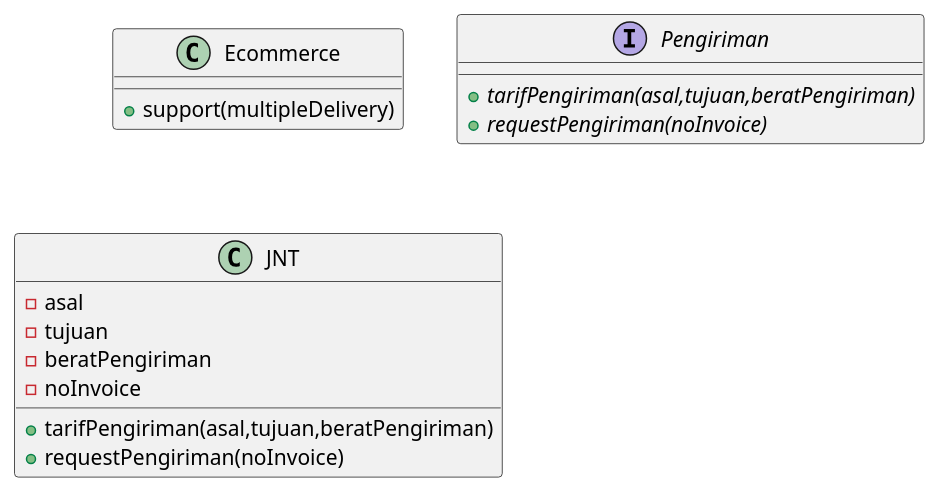
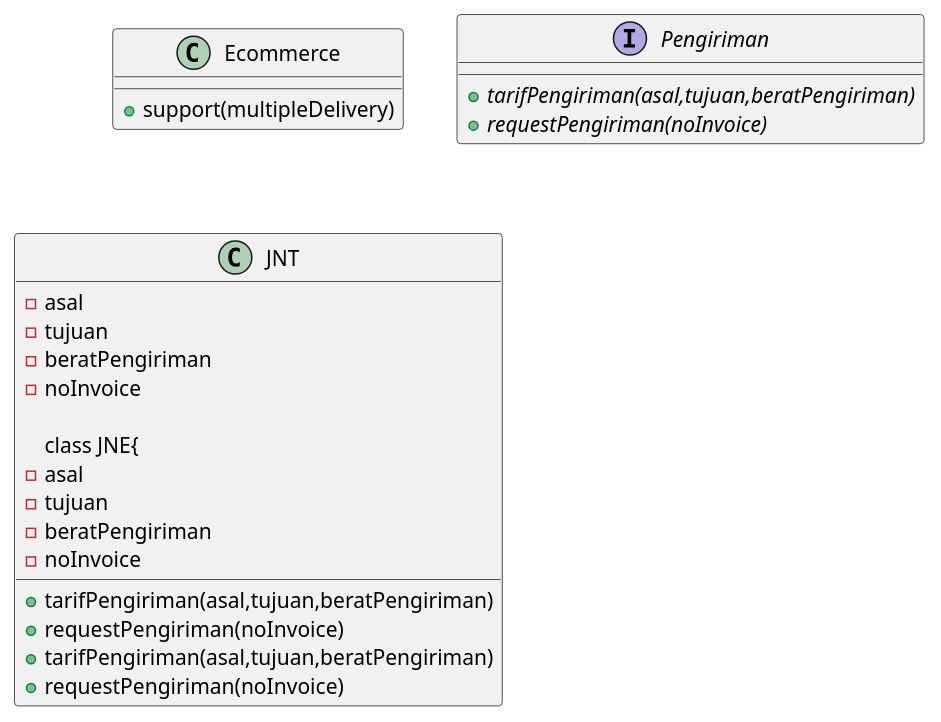
Before and after one commit to hidayatmukti/pbpu-b-2022: the diagram in Kelompok 1/umlkelompok1.plantuml, drawn with PlantUML.

```diff
--- a/Kelompok 1/umlkelompok1.plantuml
+++ b/Kelompok 1/umlkelompok1.plantuml
@@ -1,21 +1,30 @@
 @startuml
 
     class  Ecommerce {
       +support(multipleDelivery)
     }
 
     interface Pengiriman{
       +{abstract} tarifPengiriman(asal,tujuan,beratPengiriman)
       +{abstract} requestPengiriman(noInvoice)
     }
 
     class JNT {
      -asal
      -tujuan
      -beratPengiriman
      -noInvoice
      +tarifPengiriman(asal,tujuan,beratPengiriman)
      +requestPengiriman(noInvoice)
+     
+     class JNE{
+      -asal
+      -tujuan
+      -beratPengiriman
+      -noInvoice
+      +tarifPengiriman(asal,tujuan,beratPengiriman)
+      +requestPengiriman(noInvoice)
+    }
   }
 
 @enduml
```
